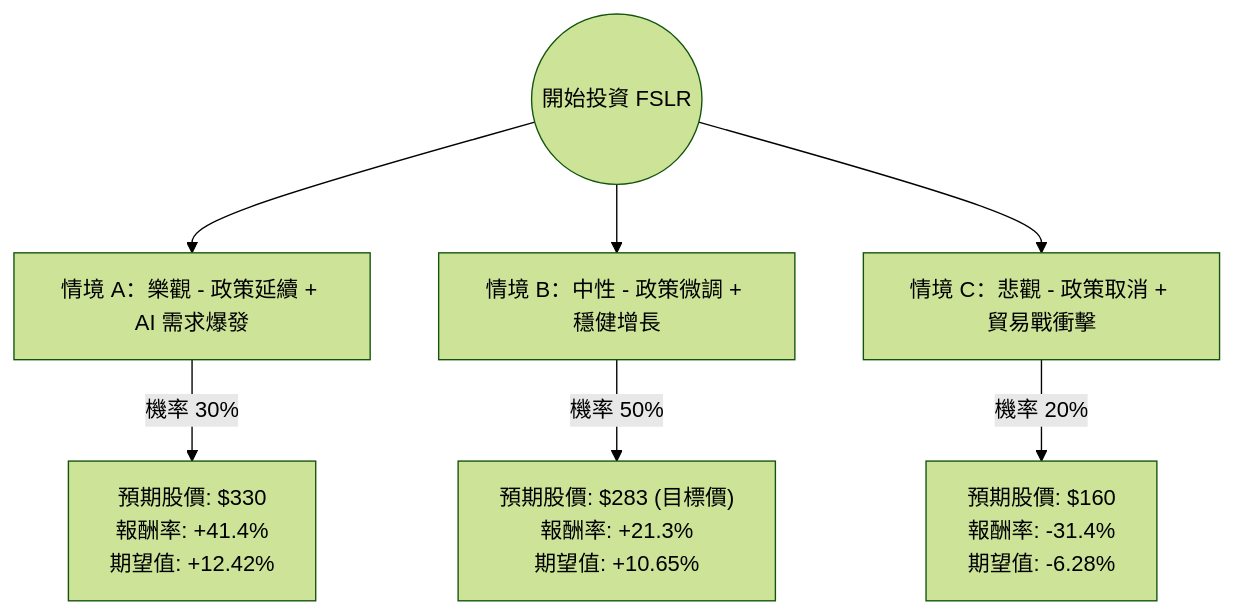
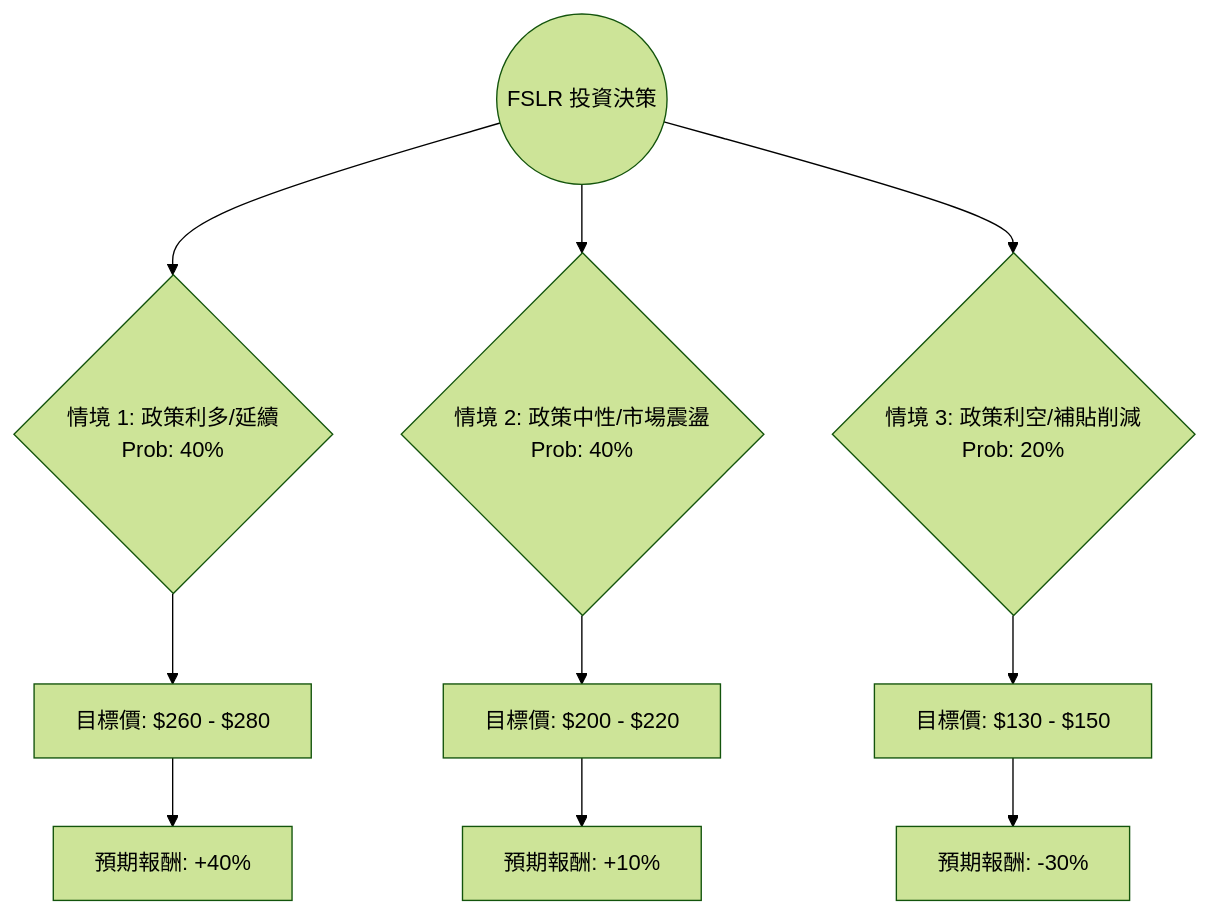
One commit to zmcx16/zmcx16.github.io changed the diagram in plugin-react/ai-analysis/ev-analysis/FSLR.md. Above: the diagram before and after it, drawn with Mermaid (forest theme). The commit also changed other lines of this file and 74 other files, not shown here.

````diff
--- a/plugin-react/ai-analysis/ev-analysis/FSLR.md
+++ b/plugin-react/ai-analysis/ev-analysis/FSLR.md
@@ -19,10 +19,15 @@
 ```mermaid
 graph TD
-    Start((開始投資 FSLR)) --> Bull[情境 A：樂觀 - 政策延續 + AI 需求爆發]
-    Start --> Base[情境 B：中性 - 政策微調 + 穩健增長]
-    Start --> Bear[情境 C：悲觀 - 政策取消 + 貿易戰衝擊]
+    Root((FSLR 投資決策)) --> A{情境 1: 政策利多/延續 <br/> Prob: 40%}
+    Root --> B{情境 2: 政策中性/市場震盪 <br/> Prob: 40%}
+    Root --> C{情境 3: 政策利空/補貼削減 <br/> Prob: 20%}
 
-    Bull -- "機率 30%" --> BullVal["預期股價: $330<br/>報酬率: +41.4%<br/>期望值: +12.42%"]
-    Base -- "機率 50%" --> BaseVal["預期股價: $283 (目標價)<br/>報酬率: +21.3%<br/>期望值: +10.65%"]
-    Bear -- "機率 20%" --> BearVal["預期股價: $160<br/>報酬率: -31.4%<br/>期望值: -6.28%"]
+    A --> A1[目標價: $260 - $280]
+    A1 --> A2[預期報酬: +40%]
+
+    B --> B1[目標價: $200 - $220]
+    B1 --> B2[預期報酬: +10%]
+
+    C --> C1[目標價: $130 - $150]
+    C1 --> C2[預期報酬: -30%]
 ```
````
